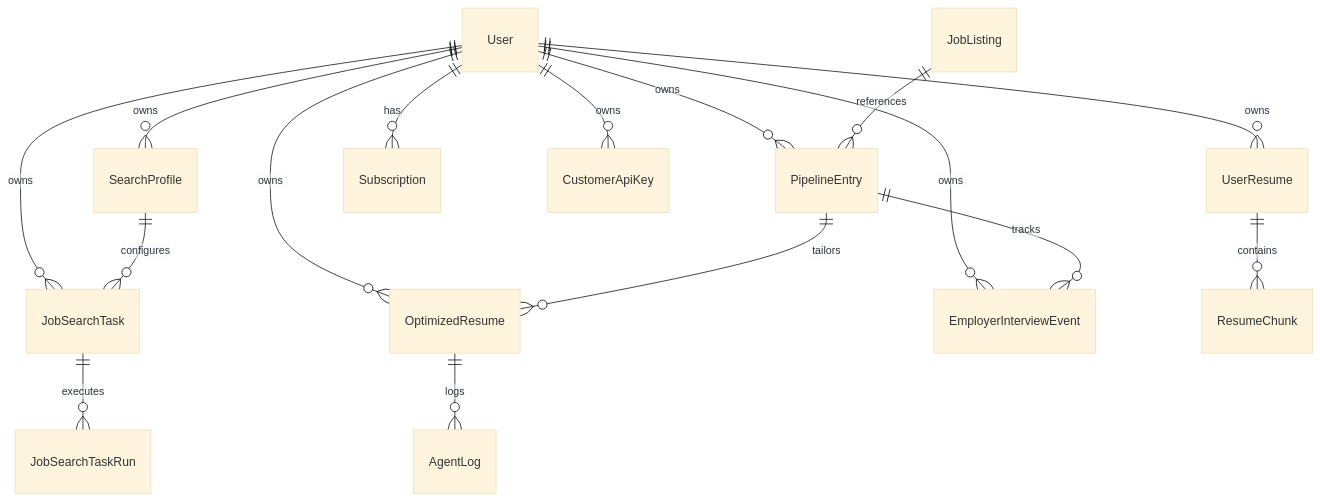
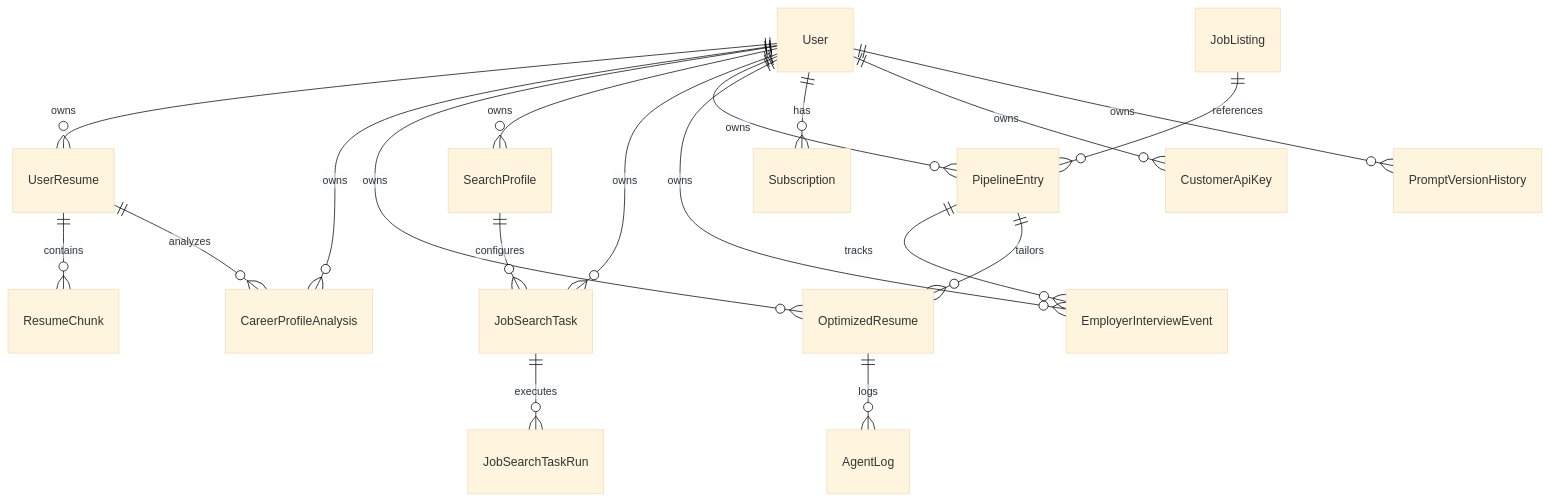
Before and after one commit to joedominic/hw: the diagram in docs/data-model.md, drawn with Mermaid (base theme). The commit also changed other lines of this file and 70 other files, not shown here.

````diff
--- a/docs/data-model.md
+++ b/docs/data-model.md
@@ -18,20 +18,23 @@
 ```mermaid
 erDiagram
     User ||--o{ UserResume : owns
+    User ||--o{ CareerProfileAnalysis : owns
     User ||--o{ OptimizedResume : owns
     User ||--o{ SearchProfile : owns
     User ||--o{ JobSearchTask : owns
     User ||--o{ PipelineEntry : owns
     User ||--o{ EmployerInterviewEvent : owns
     User ||--o{ Subscription : has
     User ||--o{ CustomerApiKey : owns
+    User ||--o{ PromptVersionHistory : owns
 
     UserResume ||--o{ ResumeChunk : contains
+    UserResume ||--o{ CareerProfileAnalysis : analyzes
     OptimizedResume ||--o{ AgentLog : logs
     JobSearchTask ||--o{ JobSearchTaskRun : executes
     SearchProfile ||--o{ JobSearchTask : configures
 
     JobListing ||--o{ PipelineEntry : references
     PipelineEntry ||--o{ EmployerInterviewEvent : tracks
     PipelineEntry ||--o{ OptimizedResume : tailors
 ```
````
